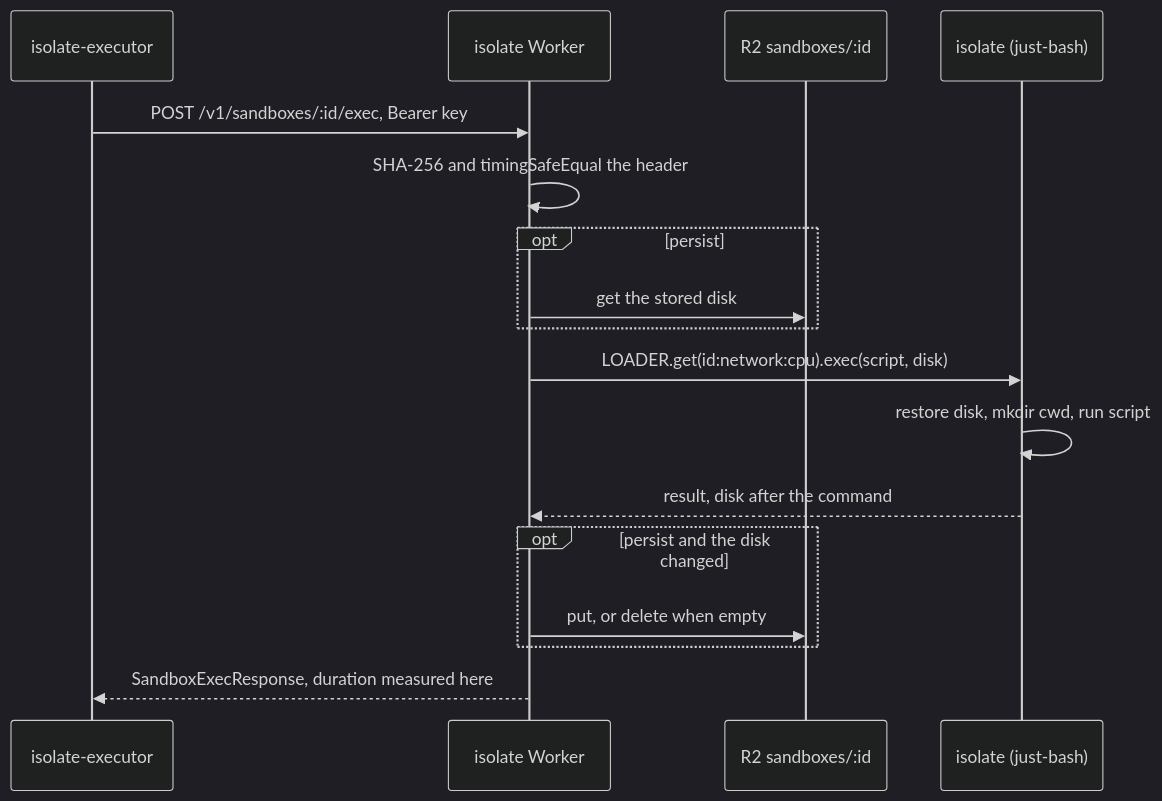
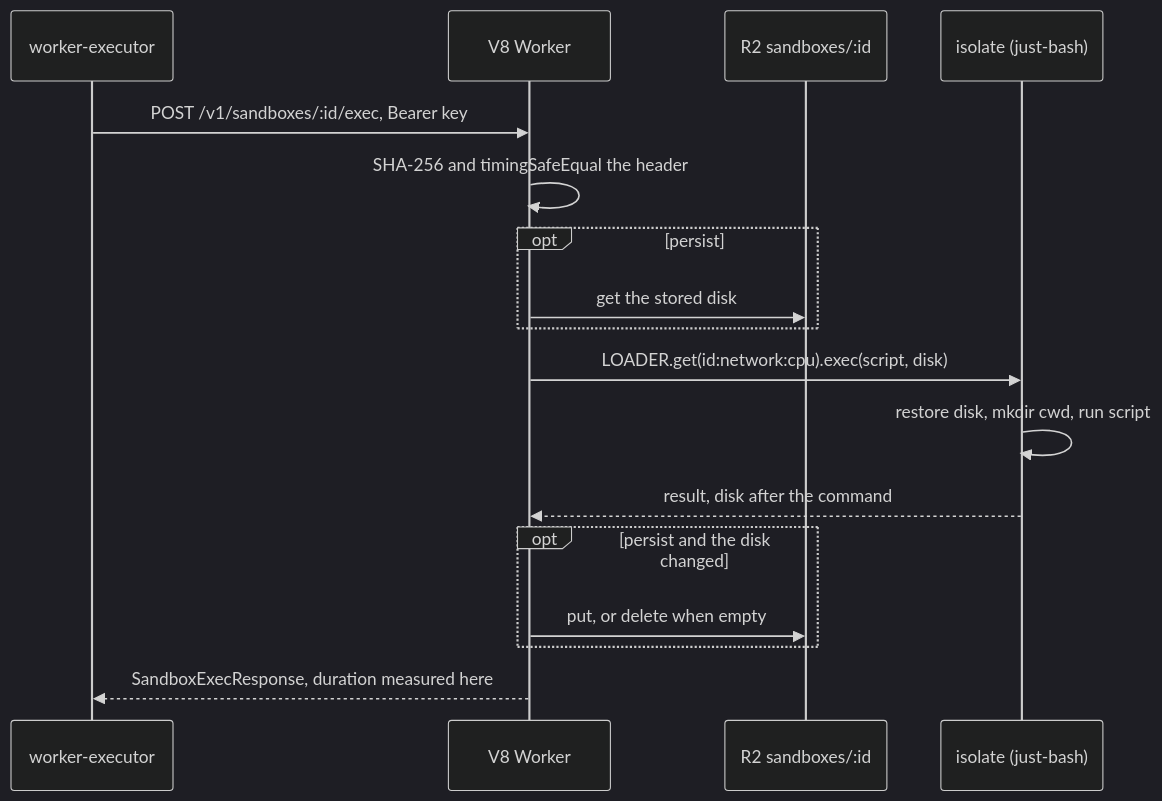
Before and after one commit to beeblastco/broods: diagram 18 of 22 in apps/docs/docs/internals/sandboxes.md, drawn with Mermaid (dark theme). The commit also changed other lines of this file and 21 other files, not shown here.

````diff
--- a/apps/docs/docs/internals/sandboxes.md
+++ b/apps/docs/docs/internals/sandboxes.md
@@ -547,20 +547,20 @@
 ```mermaid
 sequenceDiagram
-  participant E as isolate-executor
-  participant W as isolate Worker
+  participant E as worker-executor
+  participant W as V8 Worker
   participant R2 as R2 sandboxes/:id
   participant I as isolate (just-bash)
 
   E->>W: POST /v1/sandboxes/:id/exec, Bearer key
   W->>W: SHA-256 and timingSafeEqual the header
   opt persist
     W->>R2: get the stored disk
   end
   W->>I: LOADER.get(id:network:cpu).exec(script, disk)
   I->>I: restore disk, mkdir cwd, run script
   I-->>W: result, disk after the command
   opt persist and the disk changed
     W->>R2: put, or delete when empty
   end
   W-->>E: SandboxExecResponse, duration measured here
 ```
````
